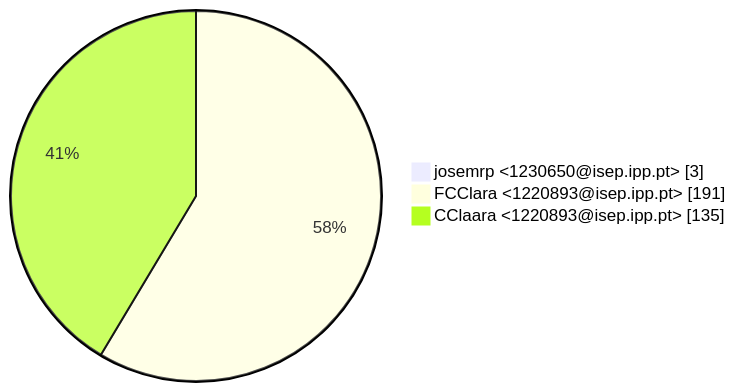
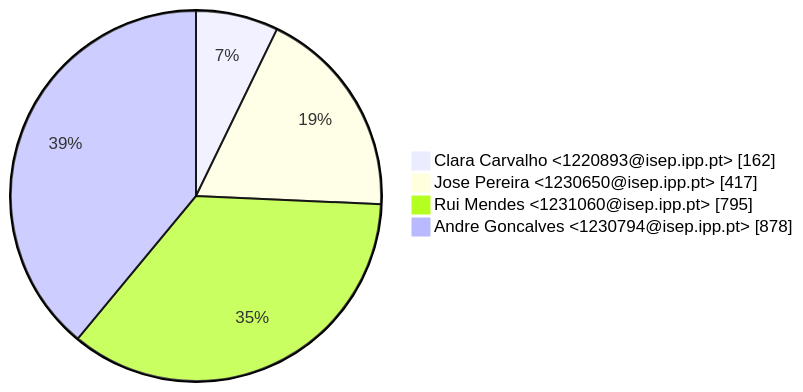
One commit to RacoonOverFlow/LSIS1_Grupo4 changed the second of 3 diagrams in GitAnalysis/Sprint_1/Contributions.md. Above: the diagram before and after it, drawn with Mermaid. The commit also changed other lines of this file and 1 other file, not shown here.

````diff
--- a/GitAnalysis/Sprint_1/Contributions.md
+++ b/GitAnalysis/Sprint_1/Contributions.md
@@ -17,6 +19,7 @@
 ```mermaid
 pie showData
-    " josemrp <1230650@isep.ipp.pt>" : 3
-    " FCClara <1220893@isep.ipp.pt>" : 191
-    " CClaara <1220893@isep.ipp.pt>" : 135
+    " Clara Carvalho <1220893@isep.ipp.pt>" : 162
+    " Jose Pereira <1230650@isep.ipp.pt>" : 417
+    " Rui Mendes <1231060@isep.ipp.pt>" : 795
+    " Andre Goncalves <1230794@isep.ipp.pt>" : 878
 ```
````
